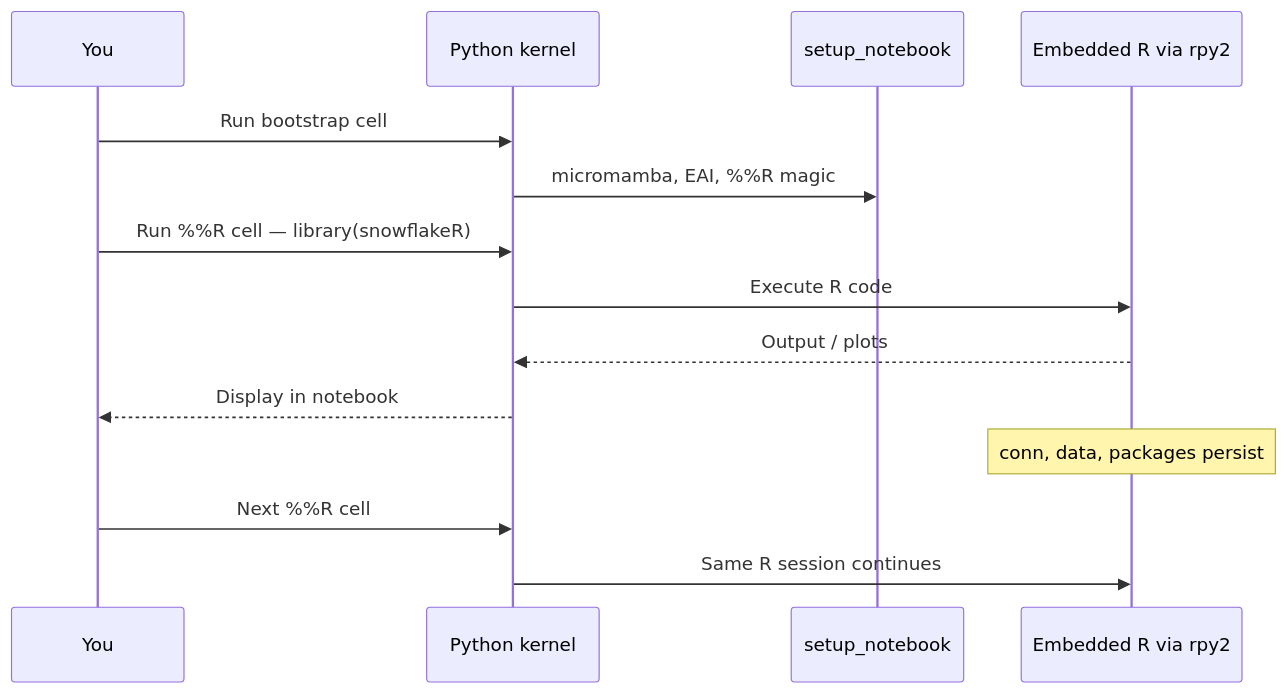
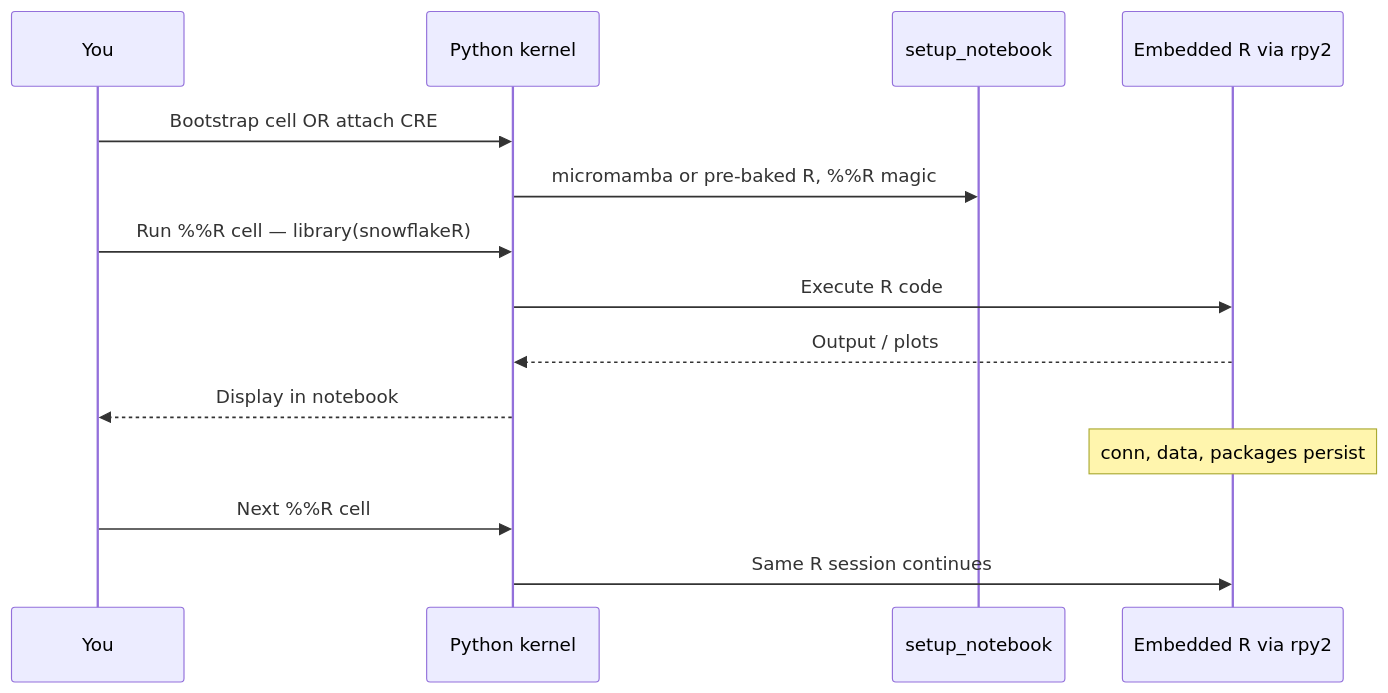
Before and after one commit to Snowflake-Labs/snowflakeR: the second of 3 diagrams in guide/Hitchhikers_Guide_to_R_in_Snowflake/08_r_cells_and_interop/index.qmd, drawn with Mermaid. The commit also changed other lines of this file and 61 other files, not shown here.

````diff
--- a/guide/Hitchhikers_Guide_to_R_in_Snowflake/08_r_cells_and_interop/index.qmd
+++ b/guide/Hitchhikers_Guide_to_R_in_Snowflake/08_r_cells_and_interop/index.qmd
@@ -108,17 +109,17 @@
 ```{mermaid}
 sequenceDiagram
   participant U as You
   participant PY as Python kernel
   participant BOOT as setup_notebook
   participant R as Embedded R via rpy2
 
-  U->>PY: Run bootstrap cell
-  PY->>BOOT: micromamba, EAI, %%R magic
+  U->>PY: Bootstrap cell OR attach CRE
+  PY->>BOOT: micromamba or pre-baked R, %%R magic
   U->>PY: Run %%R cell — library(snowflakeR)
   PY->>R: Execute R code
   R-->>PY: Output / plots
   PY-->>U: Display in notebook
   Note over R: conn, data, packages persist
   U->>PY: Next %%R cell
   PY->>R: Same R session continues
 ```
````
